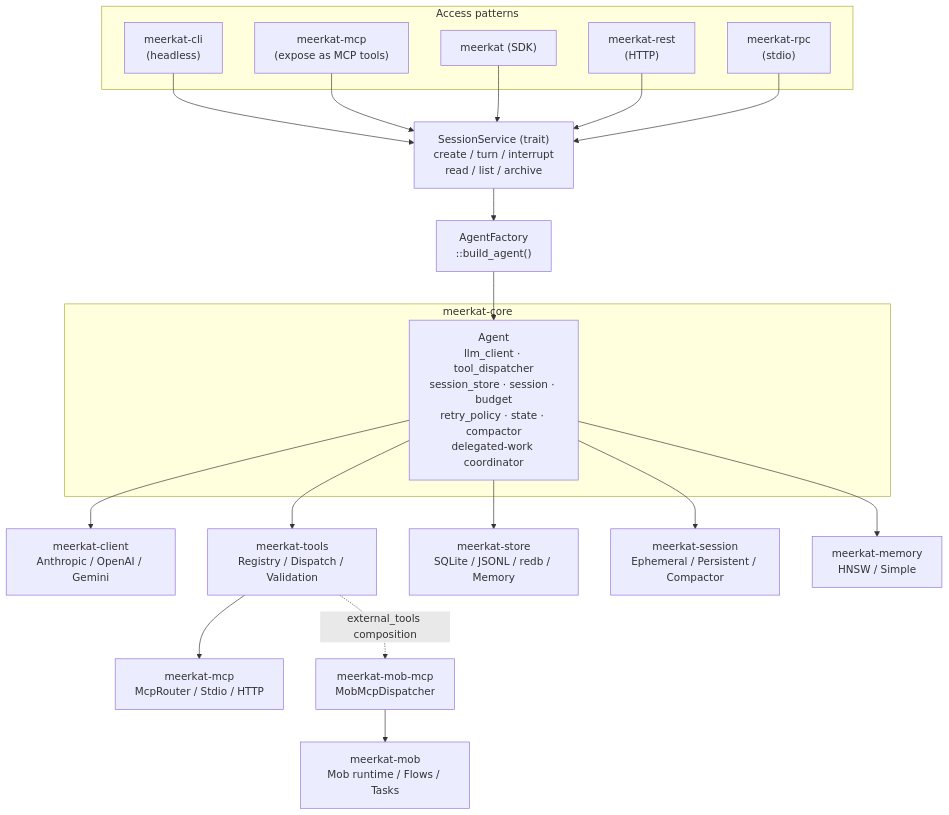
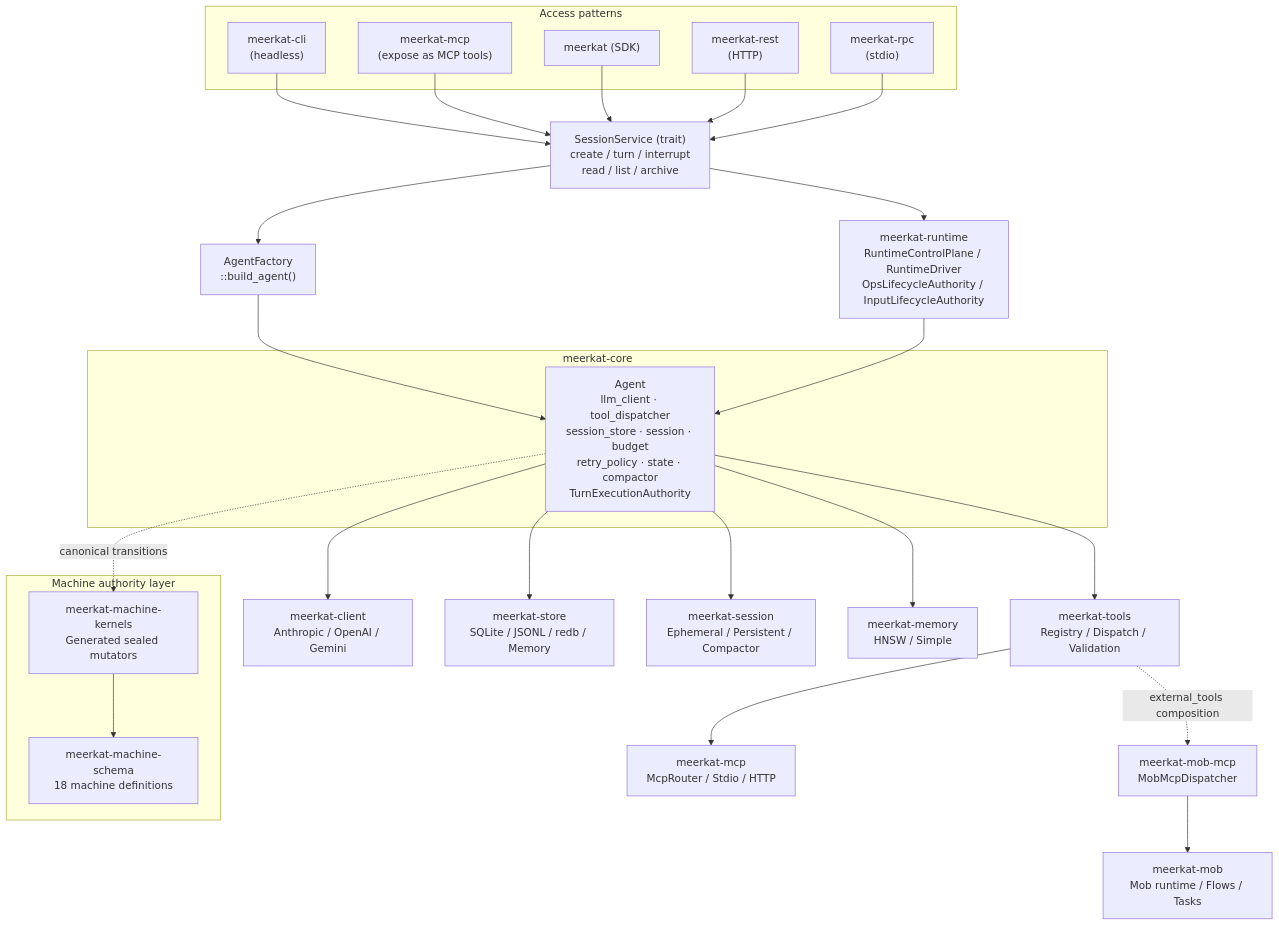
One commit to lukacf/meerkat changed the second of 4 diagrams in docs/reference/architecture.mdx. Above: the diagram before and after it, drawn with Mermaid. The commit also changed other lines of this file and 59 other files, not shown here.

````diff
--- a/docs/reference/architecture.mdx
+++ b/docs/reference/architecture.mdx
@@ -96,44 +115,54 @@
 ```mermaid
 graph TD
     subgraph surfaces["Access patterns"]
         CLI["meerkat-cli<br/>(headless)"]
         MCPS["meerkat-mcp<br/>(expose as MCP tools)"]
         SDK["meerkat (SDK)"]
         REST["meerkat-rest<br/>(HTTP)"]
         RPC["meerkat-rpc<br/>(stdio)"]
     end
 
     SS["SessionService (trait)<br/>create / turn / interrupt<br/>read / list / archive"]
     AF["AgentFactory<br/>::build_agent()"]
 
     CLI --> SS
     MCPS --> SS
     SDK --> SS
     REST --> SS
     RPC --> SS
     SS --> AF
 
     subgraph core["meerkat-core"]
-        AGENT["Agent<br/>llm_client · tool_dispatcher<br/>session_store · session · budget<br/>retry_policy · state · compactor<br/>delegated-work coordinator"]
+        AGENT["Agent<br/>llm_client · tool_dispatcher<br/>session_store · session · budget<br/>retry_policy · state · compactor<br/>TurnExecutionAuthority"]
+    end
+
+    subgraph authority["Machine authority layer"]
+        SCHEMA2["meerkat-machine-schema<br/>18 machine definitions"]
+        KERNELS2["meerkat-machine-kernels<br/>Generated sealed mutators"]
     end
 
     AF --> AGENT
+    AGENT -.->|canonical transitions| KERNELS2
+    KERNELS2 --> SCHEMA2
 
+    RUNT["meerkat-runtime<br/>RuntimeControlPlane / RuntimeDriver<br/>OpsLifecycleAuthority / InputLifecycleAuthority"]
     CLIENT["meerkat-client<br/>Anthropic / OpenAI / Gemini"]
     TOOLS["meerkat-tools<br/>Registry / Dispatch / Validation"]
     STORE["meerkat-store<br/>SQLite / JSONL / redb / Memory"]
     SESSION["meerkat-session<br/>Ephemeral / Persistent / Compactor"]
     MEMORY["meerkat-memory<br/>HNSW / Simple"]
     MCP["meerkat-mcp<br/>McpRouter / Stdio / HTTP"]
     MOB["meerkat-mob<br/>Mob runtime / Flows / Tasks"]
     MOBMCP["meerkat-mob-mcp<br/>MobMcpDispatcher"]
 
+    SS --> RUNT
+    RUNT --> AGENT
     AGENT --> CLIENT
     AGENT --> TOOLS
     AGENT --> STORE
     AGENT --> SESSION
     AGENT --> MEMORY
     TOOLS --> MCP
     MOBMCP --> MOB
     TOOLS -.->|external_tools composition| MOBMCP
 ```
````
